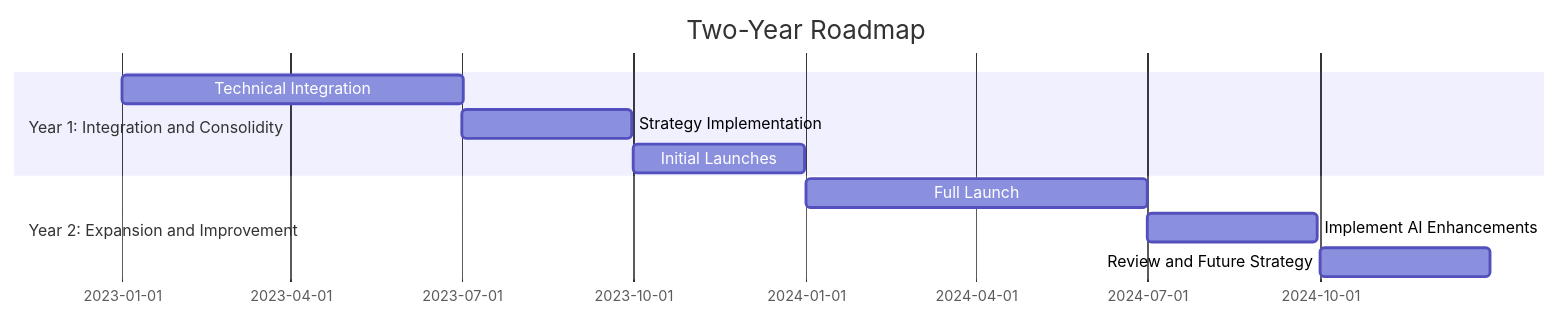
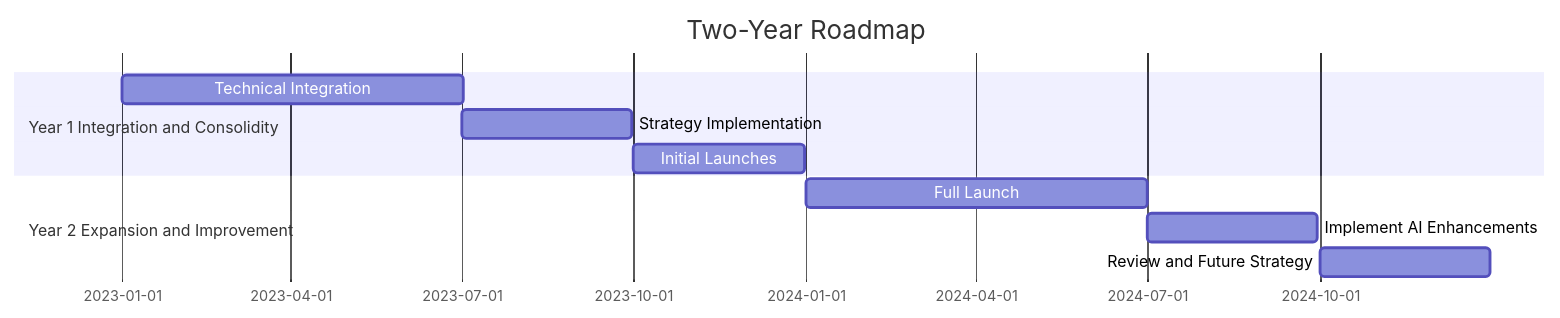
The first of 2 diagrams in README.md (fin-officer/www), drawn with Mermaid before and after one commit.

````diff
--- a/README.md
+++ b/README.md
@@ -17,14 +17,13 @@
 ```mermaid
 gantt
-dateFormat  YYYY-MM-DD
-title Two-Year Roadmap
-
-section Year 1: Integration and Consolidity
-Technical Integration: 2023-01-01, 182d
-Strategy Implementation: 2023-07-01, 91d
-Initial Launches: 2023-10-01, 91d
-section Year 2: Expansion and Improvement
-Full Launch: 2024-01-01, 182d
-Implement AI Enhancements: 2024-07-01, 91d
-Review and Future Strategy: 2024-10-01, 91d
+    dateFormat  YYYY-MM-DD
+    title Two-Year Roadmap
+    section Year 1 Integration and Consolidity
+    Technical Integration: 2023-01-01, 182d
+    Strategy Implementation: 2023-07-01, 91d
+    Initial Launches: 2023-10-01, 91d
+    section Year 2 Expansion and Improvement
+    Full Launch: 2024-01-01, 182d
+    Implement AI Enhancements: 2024-07-01, 91d
+    Review and Future Strategy: 2024-10-01, 91d
 ```
````
